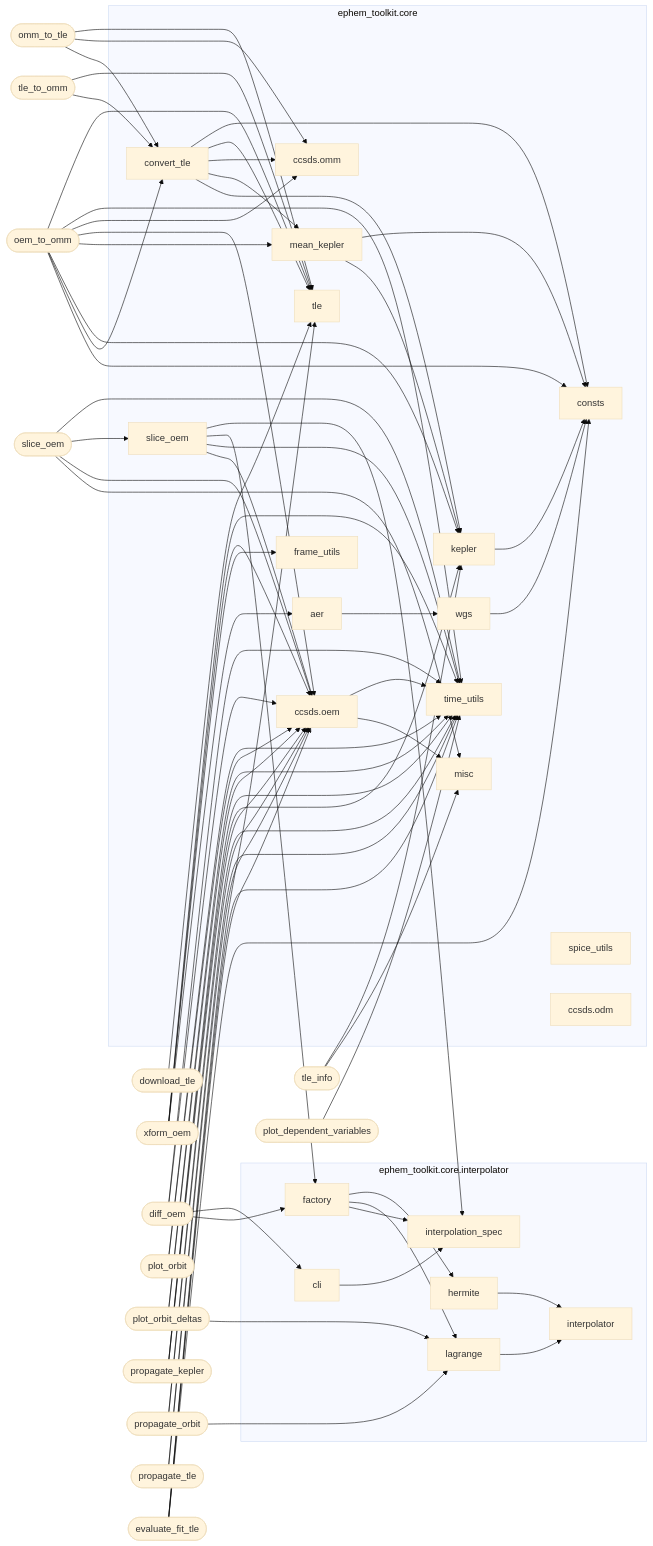
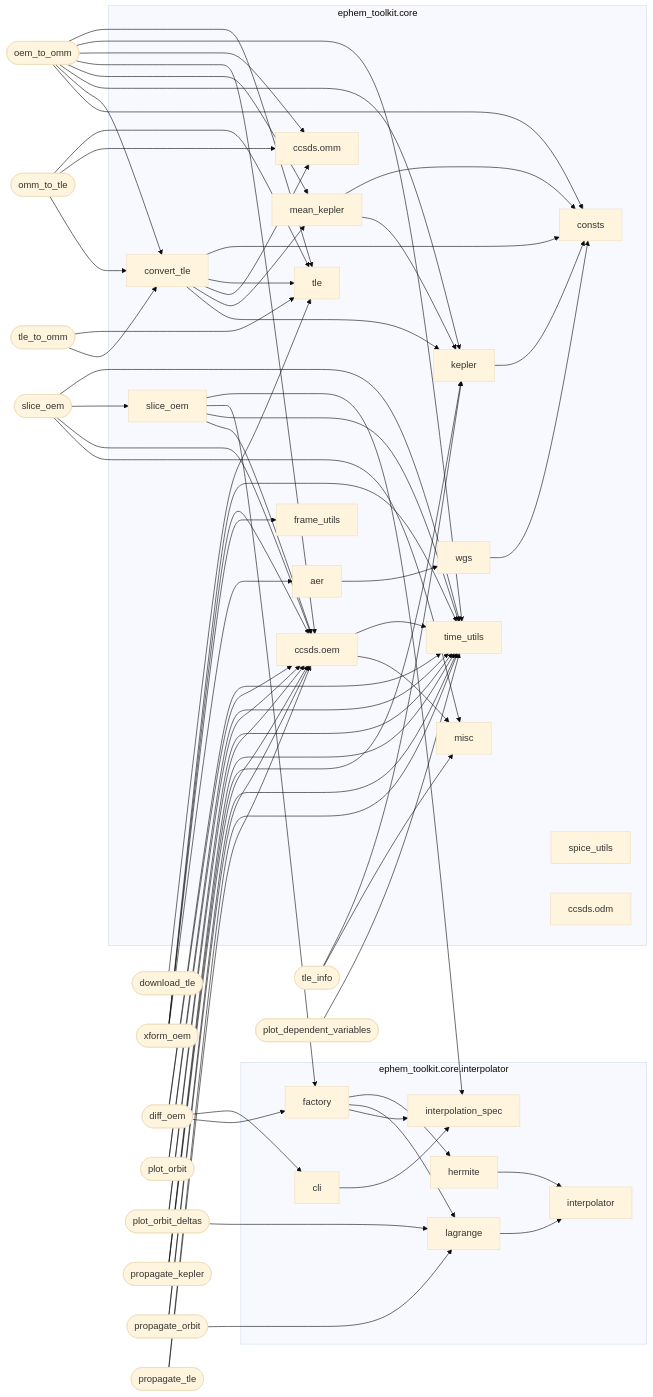
Before and after one commit to jeongyunl/ephem-toolkit: the diagram in docs/python_module_dependency_graph.mmd, drawn with Mermaid (base theme). The commit also changed 6 other files, not shown here.

Commit message:
Remove evaluate_fit_tle module and related tests from the project

```diff
--- a/docs/python_module_dependency_graph.mmd
+++ b/docs/python_module_dependency_graph.mmd
@@ -1,126 +1,121 @@
 ---
 config:
   flowchart:
     curve: basis
 ---
 graph LR
 
 %% Internal Python module dependencies under ephem_toolkit namespace
 %% Standalone scripts use stadium shape ([...])
 %% Library modules use default rectangle shape [...]
 %% Updated 2026-08-11 to reflect src/ephem_toolkit/ structure
 
     subgraph core["ephem_toolkit.core"]
         mod_core_aer[aer]
         mod_core_misc[misc]
         mod_core_consts[consts]
         mod_core_convert_tle[convert_tle]
         mod_core_frame_utils[frame_utils]
         mod_core_kepler[kepler]
         mod_core_mean_kepler[mean_kepler]
         mod_core_spice_utils[spice_utils]
         mod_core_odm[ccsds.odm]
         mod_core_oem[ccsds.oem]
         mod_core_omm[ccsds.omm]
         mod_core_slice_oem[slice_oem]
         mod_core_time_utils[time_utils]
         mod_core_tle[tle]
         mod_core_wgs[wgs]
     end
 
     subgraph interpolator["ephem_toolkit.core.interpolator"]
         mod_interpolator_interpolator[interpolator]
         mod_interpolator_lagrange[lagrange]
         mod_interpolator_hermite[hermite]
         mod_interpolator_spec[interpolation_spec]
         mod_interpolator_factory[factory]
         mod_core_cli[cli]
     end
 
     mod_util_download_tle([download_tle])
     mod_util_xform_oem([xform_oem])
     mod_util_omm_to_tle([omm_to_tle])
     mod_util_slice_oem([slice_oem])
     mod_util_tle_info([tle_info])
     mod_util_tle_to_omm([tle_to_omm])
     mod_util_diff_oem([diff_oem])
     mod_util_plot_orbit([plot_orbit])
     mod_util_plot_orbit_deltas([plot_orbit_deltas])
     mod_util_plot_dep_vars([plot_dependent_variables])
     mod_util_propagate_kepler([propagate_kepler])
     mod_util_propagate_orbit([propagate_orbit])
     mod_util_propagate_tle([propagate_tle])
     mod_util_oem_to_omm([oem_to_omm])
-    mod_util_evaluate_fit_tle([evaluate_fit_tle])
 
     %% ===== Core library internal edges =====
     mod_core_aer --> mod_core_wgs
     mod_core_convert_tle --> mod_core_kepler
     mod_core_convert_tle --> mod_core_mean_kepler
     mod_core_convert_tle --> mod_core_omm
     mod_core_convert_tle --> mod_core_tle
     mod_core_convert_tle --> mod_core_consts
     mod_core_kepler --> mod_core_consts
     mod_core_mean_kepler --> mod_core_kepler
     mod_core_mean_kepler --> mod_core_consts
     mod_core_oem --> mod_core_misc
     mod_core_oem --> mod_core_time_utils
     mod_core_slice_oem --> mod_core_oem
     mod_core_slice_oem --> mod_core_time_utils
     mod_core_slice_oem --> mod_interpolator_factory
     mod_core_slice_oem --> mod_interpolator_spec
     mod_core_wgs --> mod_core_consts
     mod_interpolator_lagrange --> mod_interpolator_interpolator
     mod_interpolator_hermite --> mod_interpolator_interpolator
     mod_interpolator_factory --> mod_interpolator_spec
     mod_interpolator_factory --> mod_interpolator_lagrange
     mod_interpolator_factory --> mod_interpolator_hermite
     mod_core_cli --> mod_interpolator_spec
 
     %% ===== Utility module edges to core =====
     mod_util_xform_oem --> mod_core_aer
     mod_util_xform_oem --> mod_core_frame_utils
     mod_util_xform_oem --> mod_core_oem
     mod_util_xform_oem --> mod_core_time_utils
     mod_util_omm_to_tle --> mod_core_convert_tle
     mod_util_omm_to_tle --> mod_core_omm
     mod_util_omm_to_tle --> mod_core_tle
     mod_util_slice_oem --> mod_core_misc
     mod_util_slice_oem --> mod_core_oem
     mod_util_slice_oem --> mod_core_slice_oem
     mod_util_slice_oem --> mod_core_time_utils
     mod_util_tle_info --> mod_core_misc
     mod_util_tle_info --> mod_core_kepler
     mod_util_tle_to_omm --> mod_core_convert_tle
     mod_util_tle_to_omm --> mod_core_tle
     mod_util_diff_oem --> mod_core_oem
     mod_util_diff_oem --> mod_core_time_utils
     mod_util_diff_oem --> mod_interpolator_factory
     mod_util_diff_oem --> mod_core_cli
     mod_util_plot_orbit --> mod_core_oem
     mod_util_plot_orbit --> mod_core_time_utils
     mod_util_plot_orbit_deltas --> mod_core_oem
     mod_util_plot_orbit_deltas --> mod_core_time_utils
     mod_util_plot_orbit_deltas --> mod_interpolator_lagrange
     mod_util_plot_dep_vars --> mod_core_time_utils
     mod_util_propagate_kepler --> mod_core_oem
     mod_util_propagate_kepler --> mod_core_kepler
     mod_util_propagate_kepler --> mod_core_time_utils
     mod_util_propagate_orbit --> mod_core_oem
     mod_util_propagate_orbit --> mod_core_time_utils
     mod_util_propagate_orbit --> mod_interpolator_lagrange
     mod_util_propagate_tle --> mod_core_oem
     mod_util_propagate_tle --> mod_core_time_utils
     mod_util_oem_to_omm --> mod_core_consts
     mod_util_oem_to_omm --> mod_core_convert_tle
     mod_util_oem_to_omm --> mod_core_kepler
     mod_util_oem_to_omm --> mod_core_mean_kepler
     mod_util_oem_to_omm --> mod_core_oem
     mod_util_oem_to_omm --> mod_core_omm
     mod_util_oem_to_omm --> mod_core_time_utils
     mod_util_oem_to_omm --> mod_core_tle
-    mod_util_evaluate_fit_tle --> mod_core_consts
-    mod_util_evaluate_fit_tle --> mod_core_oem
-    mod_util_evaluate_fit_tle --> mod_core_time_utils
-    mod_util_evaluate_fit_tle --> mod_core_tle
     mod_util_download_tle --> mod_core_tle
```
